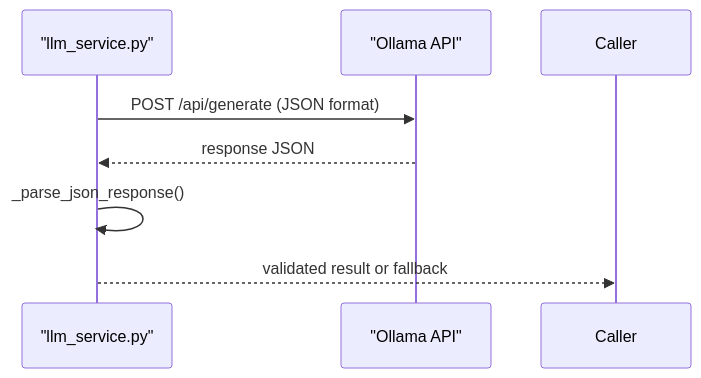
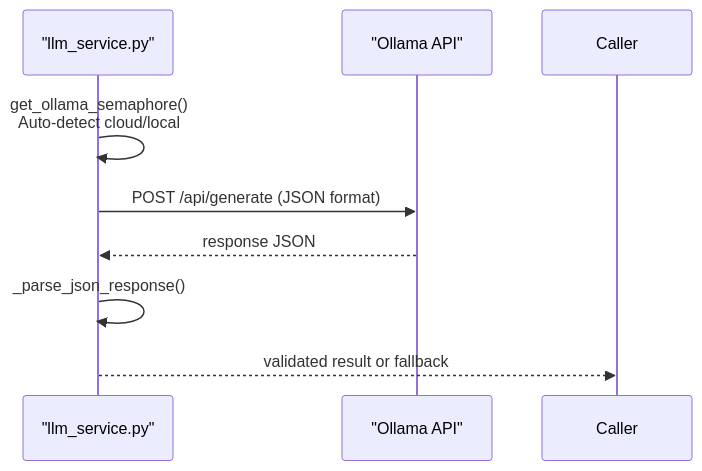
Before and after one commit to Revanththetalogics/aireume: the eighth of 20 diagrams in .qoder/repowiki/en/content/Analysis Engine/Analysis Engine.md, drawn with Mermaid. The commit also changed other lines of this file and 61 other files, not shown here.

````diff
--- a/.qoder/repowiki/en/content/Analysis Engine/Analysis Engine.md
+++ b/.qoder/repowiki/en/content/Analysis Engine/Analysis Engine.md
@@ -362,9 +378,10 @@
 ```mermaid
 sequenceDiagram
 participant Service as "llm_service.py"
 participant Ollama as "Ollama API"
+Service->>Service : get_ollama_semaphore()<br/>Auto-detect cloud/local
 Service->>Ollama : POST /api/generate (JSON format)
 Ollama-->>Service : response JSON
 Service->>Service : _parse_json_response()
 Service-->>Caller : validated result or fallback
 ```
````
